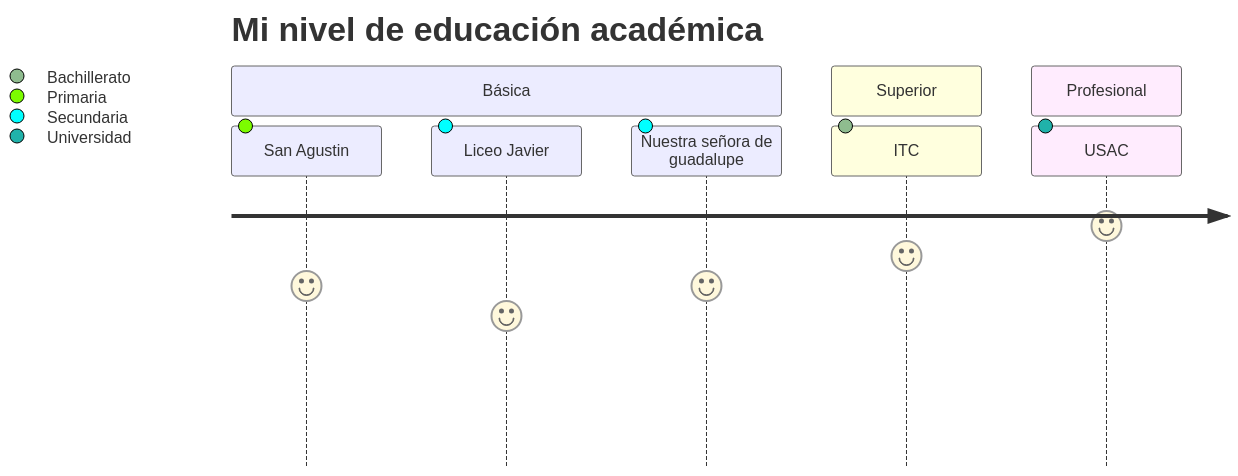
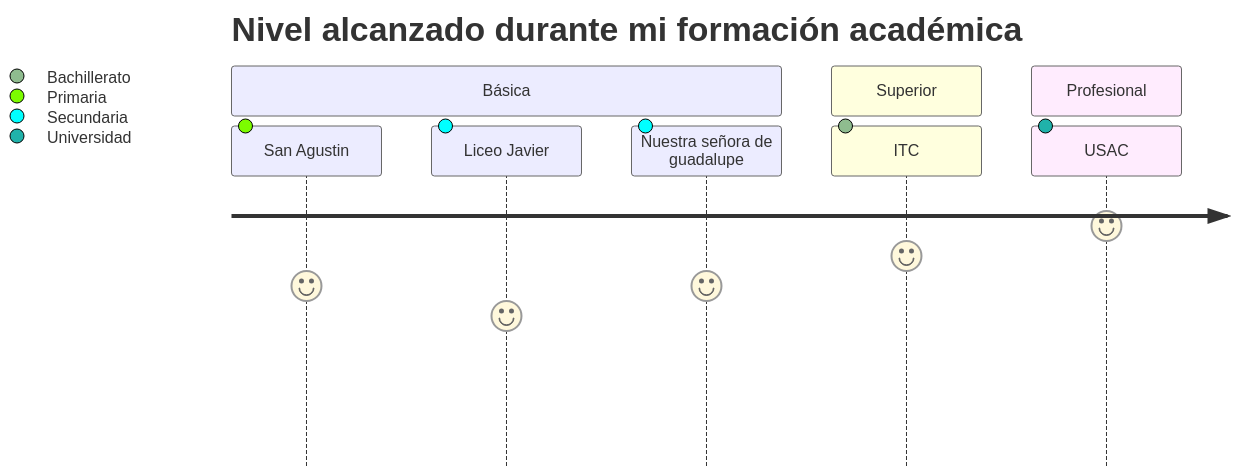
The diagram in generic.md (Bluevipe21/bluevipe21.github.io), drawn with Mermaid before and after one commit.

````diff
--- a/generic.md
+++ b/generic.md
@@ -38,12 +38,12 @@
 ```mermaid
 journey
-    title Mi nivel de educación académica
+    title Nivel alcanzado durante mi formación académica
     section Básica
       San Agustin: 6: Primaria
       Liceo Javier: 5: Secundaria
       Nuestra señora de guadalupe: 6: Secundaria
     section Superior
       ITC: 7: Bachillerato
     section Profesional
       USAC: 8: Universidad
 ```
````
